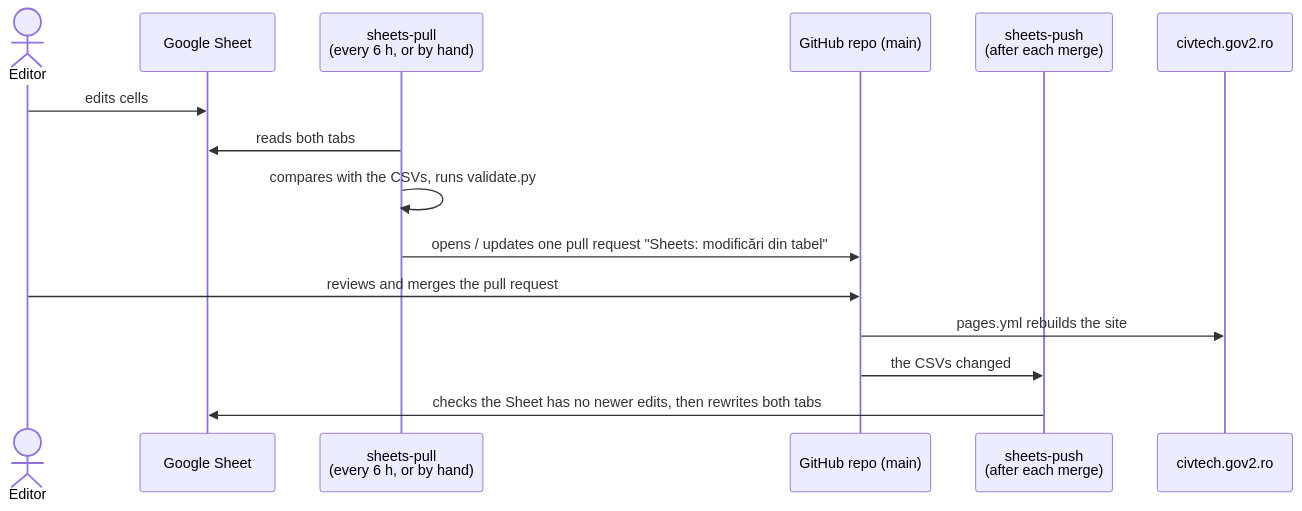
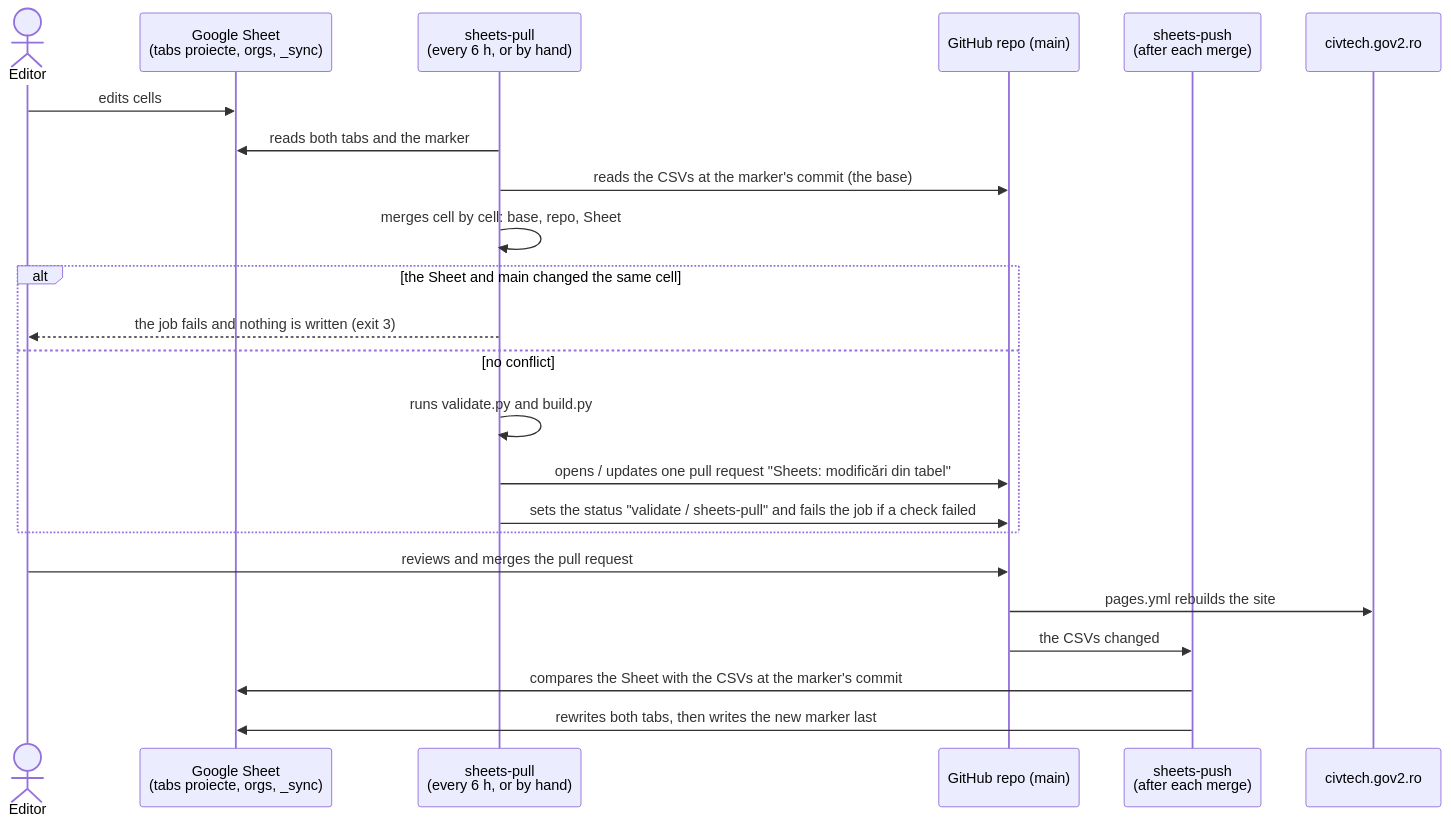
The fourth of 9 diagrams in docs/ARCHITECTURE.md (gov2-ro/awesome-civtech-ro), drawn with Mermaid before and after one commit. The commit also changed other lines of this file and 3 other files, not shown here.

First line of the commit message:
docs: describe taxonomy v2 preview, v2 enrichment roots, Sheets sync marker and CI

````diff
--- a/docs/ARCHITECTURE.md
+++ b/docs/ARCHITECTURE.md
@@ -128,18 +163,26 @@
 ```mermaid
 sequenceDiagram
     actor E as Editor
-    participant S as Google Sheet
+    participant S as Google Sheet<br/>(tabs proiecte, orgs, _sync)
     participant P as sheets-pull<br/>(every 6 h, or by hand)
     participant R as GitHub repo (main)
     participant U as sheets-push<br/>(after each merge)
     participant W as civtech.gov2.ro
 
     E->>S: edits cells
-    P->>S: reads both tabs
-    P->>P: compares with the CSVs, runs validate.py
-    P->>R: opens / updates one pull request "Sheets: modificări din tabel"
+    P->>S: reads both tabs and the marker
+    P->>R: reads the CSVs at the marker's commit (the base)
+    P->>P: merges cell by cell: base, repo, Sheet
+    alt the Sheet and main changed the same cell
+        P-->>E: the job fails and nothing is written (exit 3)
+    else no conflict
+        P->>P: runs validate.py and build.py
+        P->>R: opens / updates one pull request "Sheets: modificări din tabel"
+        P->>R: sets the status "validate / sheets-pull" and fails the job if a check failed
+    end
     E->>R: reviews and merges the pull request
     R->>W: pages.yml rebuilds the site
     R->>U: the CSVs changed
-    U->>S: checks the Sheet has no newer edits, then rewrites both tabs
+    U->>S: compares the Sheet with the CSVs at the marker's commit
+    U->>S: rewrites both tabs, then writes the new marker last
 ```
````
